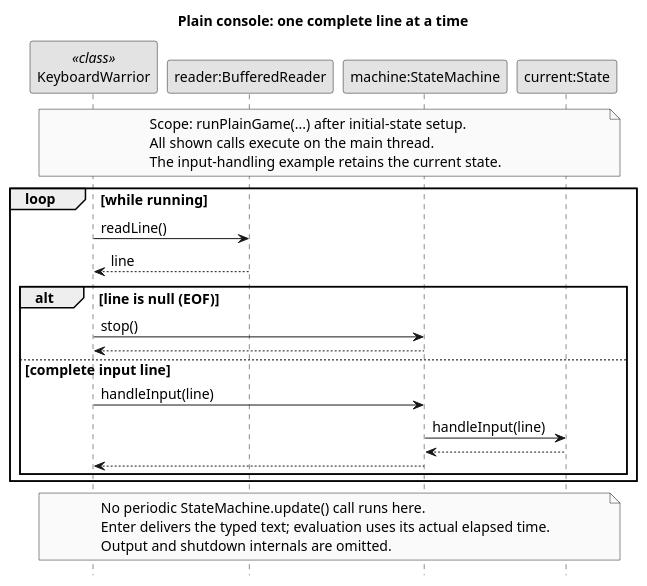
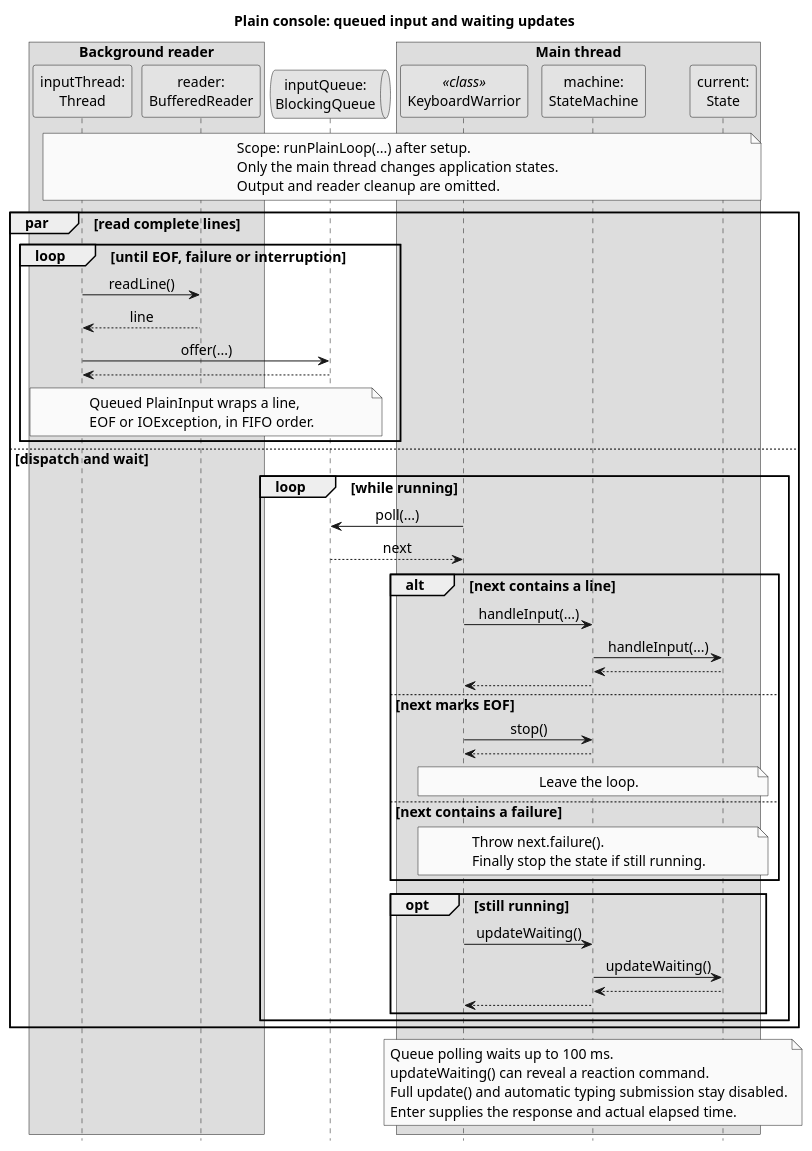
The diagram in docs/diagrams/plain-input.puml (AY2627S1-CS2113-W12-4/tp), drawn with PlantUML before and after one commit. The commit also changed 58 other files, not shown here.

```diff
--- a/docs/diagrams/plain-input.puml
+++ b/docs/diagrams/plain-input.puml
@@ -1,38 +1,71 @@
 @startuml
 hide footbox
 skinparam monochrome true
 skinparam shadowing false
 skinparam defaultFontName Arial
 skinparam backgroundColor white
 skinparam defaultFontSize 14
-title Plain console: one complete line at a time
+skinparam sequenceMessageAlign center
+title Plain console: queued input and waiting updates
 
+box "Background reader"
+participant "inputThread:\nThread" as input
+participant "reader:\nBufferedReader" as reader
+end box
+queue "inputQueue:\nBlockingQueue" as queue
+box "Main thread"
 participant "KeyboardWarrior" as main <<class>>
-participant "reader:BufferedReader" as reader
-participant "machine:StateMachine" as machine
-participant "current:State" as state
+participant "machine:\nStateMachine" as machine
+participant "current:\nState" as state
+end box
 
-note over main, state
-  Scope: runPlainGame(...) after initial-state setup.
-  All shown calls execute on the main thread.
-  The input-handling example retains the current state.
+note over input, state
+  Scope: runPlainLoop(...) after setup.
+  Only the main thread changes application states.
+  Output and reader cleanup are omitted.
 end note
-loop while running
-  main -> reader : readLine()
-  reader --> main : line
-  alt line is null (EOF)
-    main -> machine : stop()
-    machine --> main
-  else complete input line
-    main -> machine : handleInput(line)
-    machine -> state : handleInput(line)
-    state --> machine
-    machine --> main
+par read complete lines
+  loop until EOF, failure or interruption
+    input -> reader : readLine()
+    reader --> input : line
+    input -> queue : offer(...)
+    queue --> input
+    note over input, queue
+      Queued PlainInput wraps a line,
+      EOF or IOException, in FIFO order.
+    end note
+  end
+else dispatch and wait
+  loop while running
+    main -> queue : poll(...)
+    queue --> main : next
+    alt next contains a line
+      main -> machine : handleInput(...)
+      machine -> state : handleInput(...)
+      state --> machine
+      machine --> main
+    else next marks EOF
+      main -> machine : stop()
+      machine --> main
+      note over main, state : Leave the loop.
+    else next contains a failure
+      note over main, state
+        Throw next.failure().
+        Finally stop the state if still running.
+      end note
+    end
+    opt still running
+      main -> machine : updateWaiting()
+      machine -> state : updateWaiting()
+      state --> machine
+      machine --> main
+    end
   end
 end
 note over main, state
-  No periodic StateMachine.update() call runs here.
-  Enter delivers the typed text; evaluation uses its actual elapsed time.
-  Output and shutdown internals are omitted.
+  Queue polling waits up to 100 ms.
+  updateWaiting() can reveal a reaction command.
+  Full update() and automatic typing submission stay disabled.
+  Enter supplies the response and actual elapsed time.
 end note
 @enduml
```
